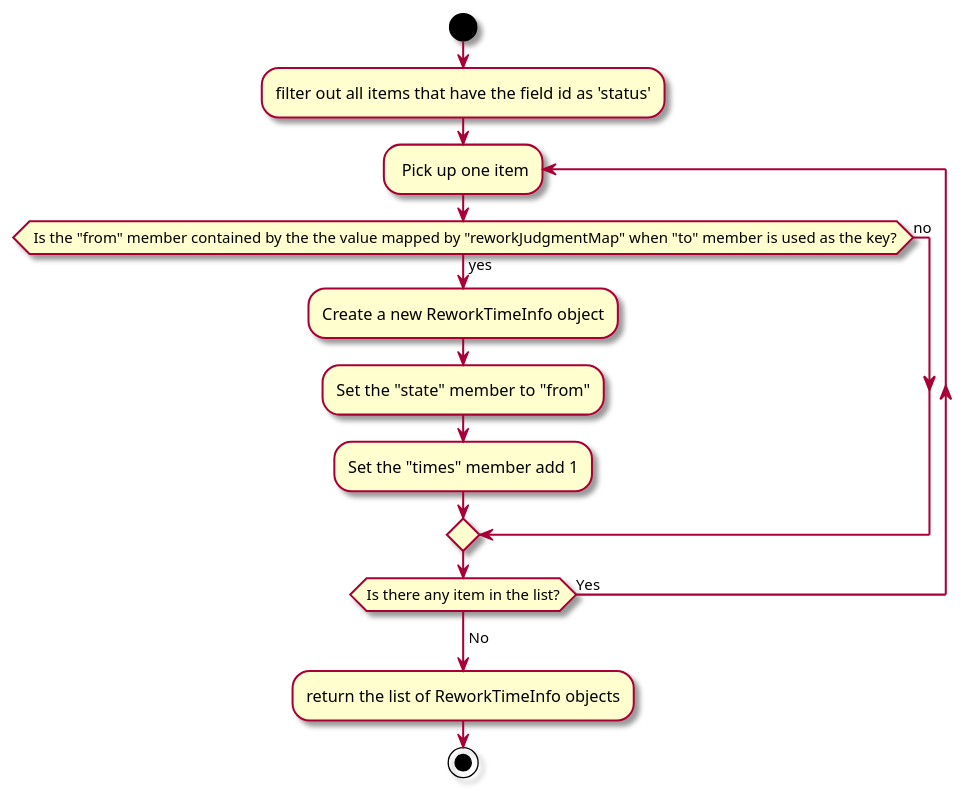
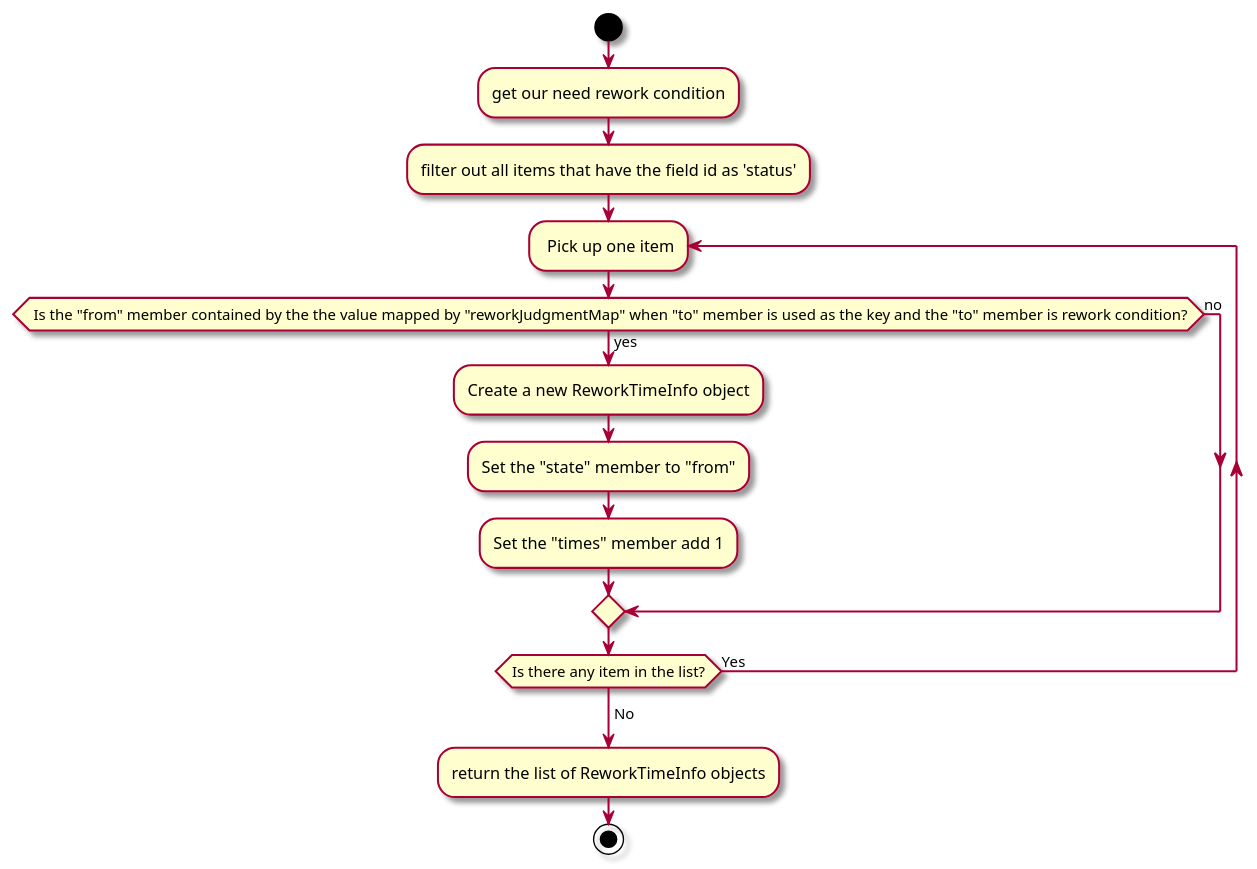
Before and after one commit to au-heartbeat/Heartbeat: the first of 2 diagrams in docs/src/content/docs/en/spikes/tech-spikes-calculate-rework-of-board-card.mdx, drawn with PlantUML. The commit also changed other lines of this file, not shown here.

````diff
--- a/docs/src/content/docs/en/spikes/tech-spikes-calculate-rework-of-board-card.mdx
+++ b/docs/src/content/docs/en/spikes/tech-spikes-calculate-rework-of-board-card.mdx
@@ -89,20 +89,20 @@
 ```plantuml
 @startuml calculate rework times when not check "Consider the 'Flag' as 'Block'"
 skin rose
 start
-
+:get our need rework condition;
 :filter out all items that have the field id as 'status';
   repeat : Pick up one item;
-    if( Is the "from" member contained by the the value mapped by "reworkJudgmentMap" when "to" member is used as the key?) then (yes)
+    if( Is the "from" member contained by the the value mapped by "reworkJudgmentMap" when "to" member is used as the key and the "to" member is rework condition?) then (yes)
       :Create a new ReworkTimeInfo object;
       :Set the "state" member to "from";
       :Set the "times" member add 1;
     else(no)
     endif
   repeat while (Is there any item in the list?) is (Yes)
   ->No;
 :return the list of ReworkTimeInfo objects;
 
 stop
 @enduml
 ```
````
